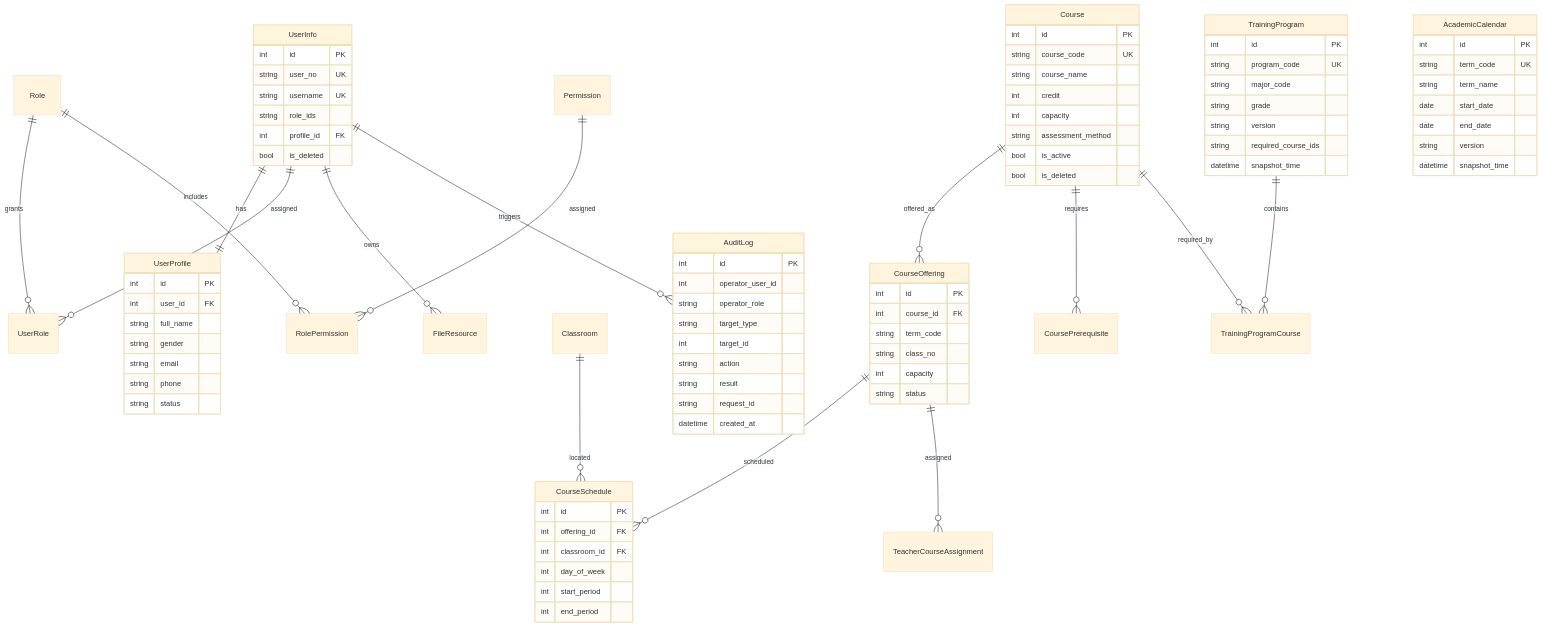
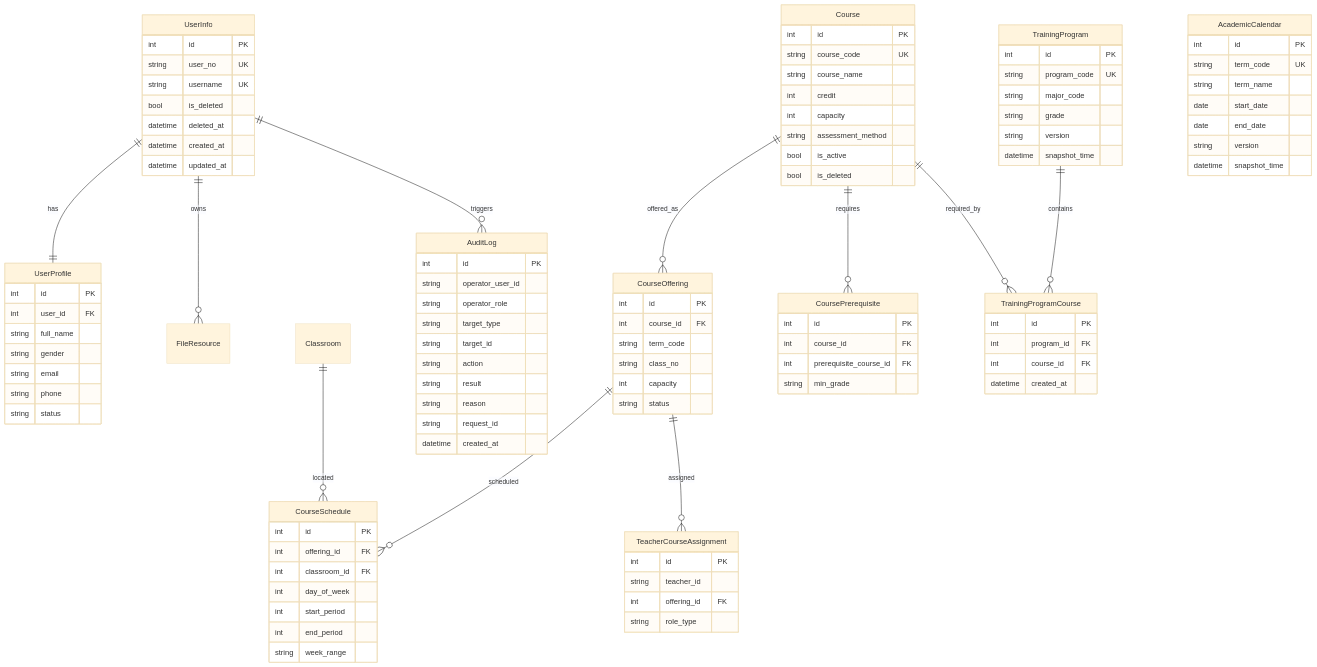
Before and after one commit to au12321ua/group1-base: the diagram in docs/design/v2/03-data-architecture.md, drawn with Mermaid (base theme). The commit also changed other lines of this file and 6 other files, not shown here.

````diff
--- a/docs/design/v2/03-data-architecture.md
+++ b/docs/design/v2/03-data-architecture.md
@@ -78,10 +85,6 @@
 ```mermaid
 erDiagram
     UserInfo ||--|| UserProfile : "has"
-    UserInfo ||--o{ UserRole : "assigned"
-    Role ||--o{ UserRole : "grants"
-    Role ||--o{ RolePermission : "includes"
-    Permission ||--o{ RolePermission : "assigned"
     Course ||--o{ CourseOffering : "offered_as"
     CourseOffering ||--o{ CourseSchedule : "scheduled"
     CourseOffering ||--o{ TeacherCourseAssignment : "assigned"
@@ -96,9 +99,10 @@
         int id PK
         string user_no UK
         string username UK
-        string role_ids
-        int profile_id FK
         bool is_deleted
+        datetime deleted_at
+        datetime created_at
+        datetime updated_at
     }
 
     UserProfile {
@@ -138,6 +142,21 @@
         int day_of_week
         int start_period
         int end_period
+        string week_range
+    }
+
+    TeacherCourseAssignment {
+        int id PK
+        string teacher_id
+        int offering_id FK
+        string role_type
+    }
+
+    CoursePrerequisite {
+        int id PK
+        int course_id FK
+        int prerequisite_course_id FK
+        string min_grade
     }
 
     AcademicCalendar {
@@ -156,18 +175,25 @@
         string major_code
         string grade
         string version
-        string required_course_ids
         datetime snapshot_time
+    }
+
+    TrainingProgramCourse {
+        int id PK
+        int program_id FK
+        int course_id FK
+        datetime created_at
     }
 
     AuditLog {
         int id PK
-        int operator_user_id
+        string operator_user_id
         string operator_role
         string target_type
-        int target_id
+        string target_id
         string action
         string result
+        string reason
         string request_id
         datetime created_at
     }
````
